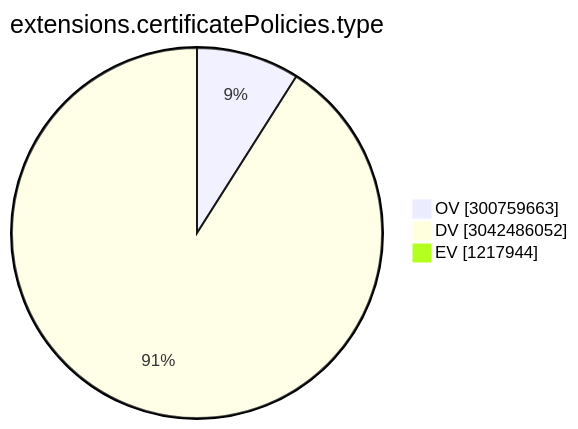
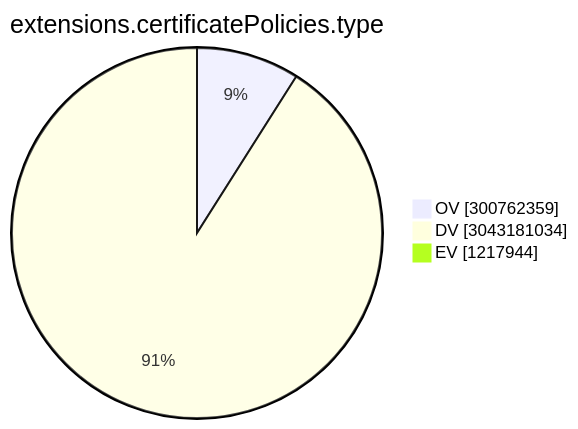
Before and after one commit to christiankrug/ctmonitor_visualization: the ninth of 15 diagrams in TOTAL/README.md, drawn with Mermaid. The commit also changed other lines of this file, not shown here.

````diff
--- a/TOTAL/README.md
+++ b/TOTAL/README.md
@@ -3102,7 +3102,7 @@
 ```mermaid
 pie showData
 title extensions.certificatePolicies.type
-"OV" :300759663
-"DV" :3042486052
+"OV" :300762359
+"DV" :3043181034
 "EV" :1217944
 ```
````
